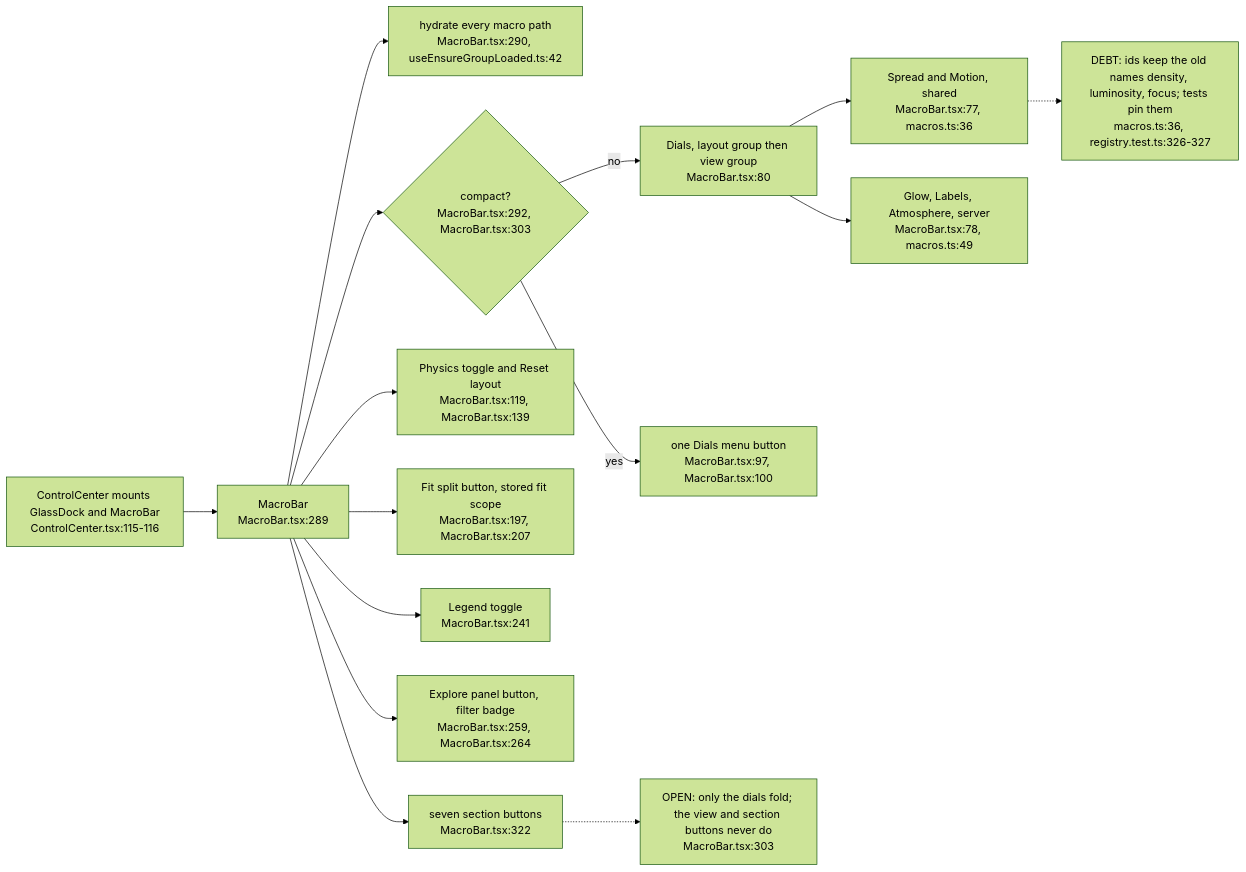
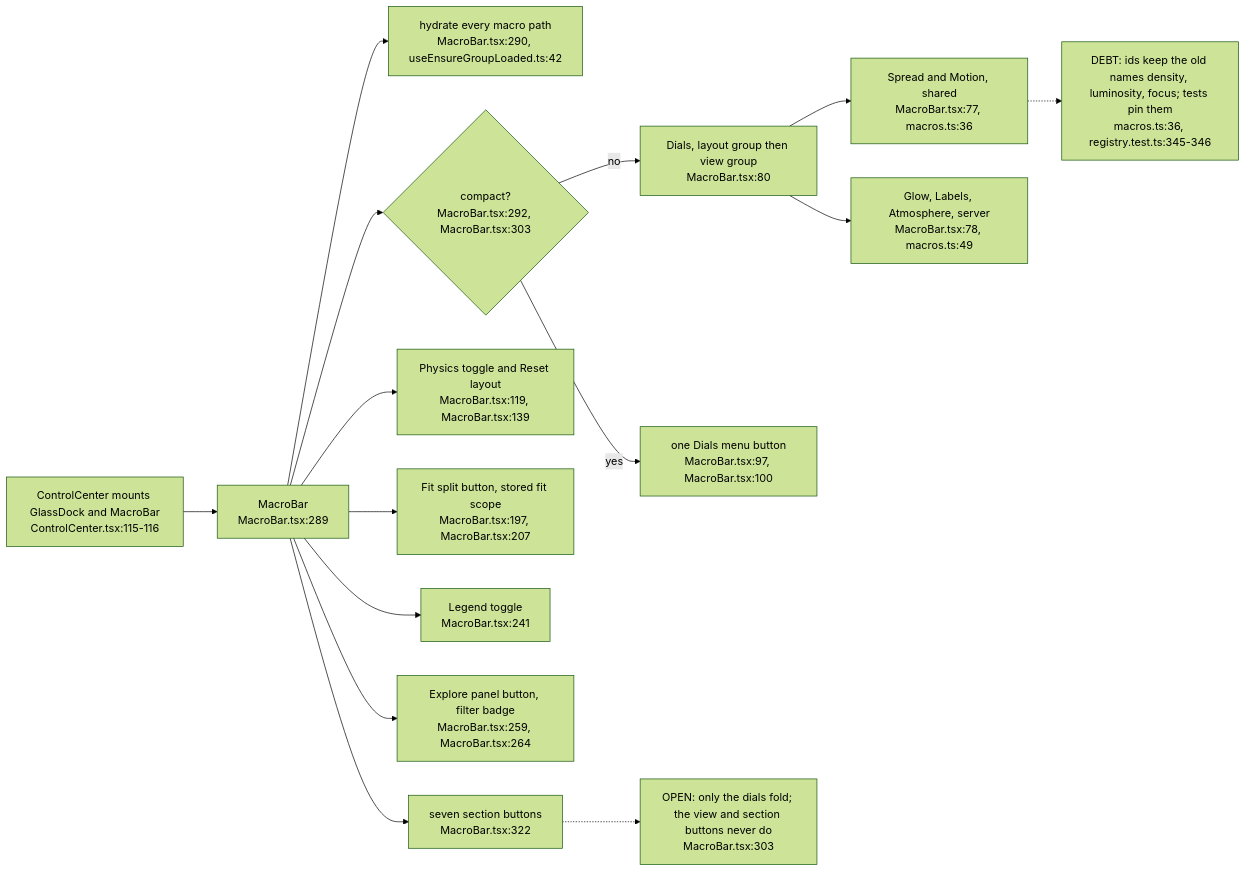
One commit to DreamLab-AI/VisionFlow changed the sixth of 12 diagrams in docs/diagrams/visionclaw/57-control-centre-ia-and-drawer.md. Above: the diagram before and after it, drawn with Mermaid (forest theme). The commit also changed other lines of this file and 81 other files, not shown here.

First line of the commit message:
docs(diagrams): roll VisionClaw topics to main 010e1109b (PR 37 and 38 merged); fix remaining prose citations

````diff
--- a/docs/diagrams/visionclaw/57-control-centre-ia-and-drawer.md
+++ b/docs/diagrams/visionclaw/57-control-centre-ia-and-drawer.md
@@ -215,17 +215,17 @@
 ```mermaid
 flowchart LR
     CC["ControlCenter mounts GlassDock and MacroBar<br/>ControlCenter.tsx:115-116"] --> MB["MacroBar<br/>MacroBar.tsx:289"]
     MB --> HYD["hydrate every macro path<br/>MacroBar.tsx:290, useEnsureGroupLoaded.ts:42"]
     MB --> FOLD{"compact?<br/>MacroBar.tsx:292, MacroBar.tsx:303"}
     FOLD -->|no| DIALS["Dials, layout group then view group<br/>MacroBar.tsx:80"]
     FOLD -->|yes| DM["one Dials menu button<br/>MacroBar.tsx:97, MacroBar.tsx:100"]
     DIALS --> LD["Spread and Motion, shared<br/>MacroBar.tsx:77, macros.ts:36"]
     DIALS --> VD["Glow, Labels, Atmosphere, server<br/>MacroBar.tsx:78, macros.ts:49"]
     MB --> PT["Physics toggle and Reset layout<br/>MacroBar.tsx:119, MacroBar.tsx:139"]
     MB --> FIT["Fit split button, stored fit scope<br/>MacroBar.tsx:197, MacroBar.tsx:207"]
     MB --> LEG["Legend toggle<br/>MacroBar.tsx:241"]
     MB --> EXP["Explore panel button, filter badge<br/>MacroBar.tsx:259, MacroBar.tsx:264"]
     MB --> SEC["seven section buttons<br/>MacroBar.tsx:322"]
-    LD -.-> IDS["DEBT: ids keep the old names density, luminosity, focus; tests pin them<br/>macros.ts:36, registry.test.ts:326-327"]
+    LD -.-> IDS["DEBT: ids keep the old names density, luminosity, focus; tests pin them<br/>macros.ts:36, registry.test.ts:345-346"]
     SEC -.-> ONE["OPEN: only the dials fold; the view and section buttons never do<br/>MacroBar.tsx:303"]
 ```
````
